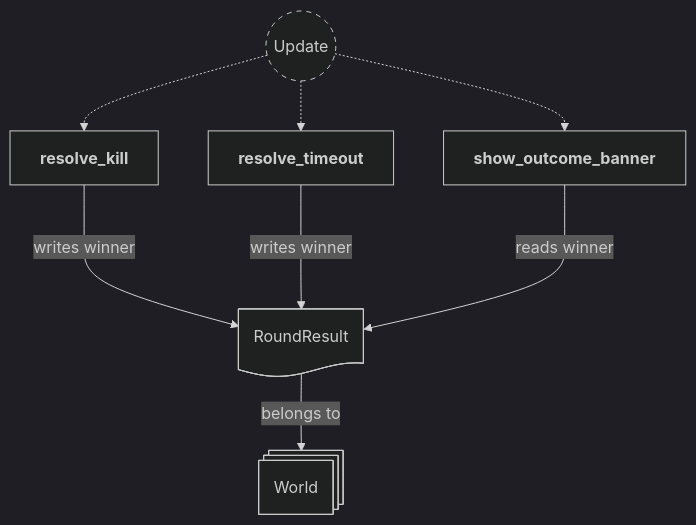
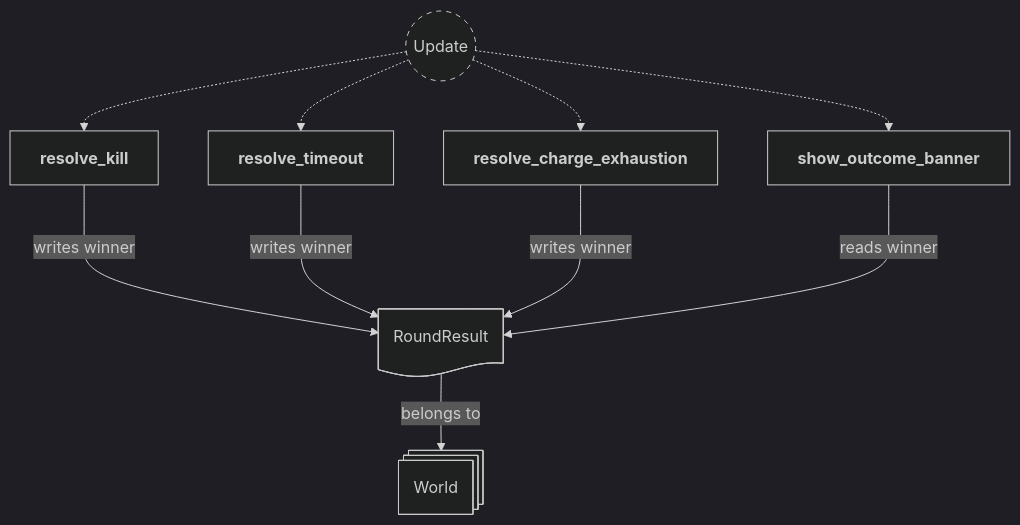
One commit to neurosoup/tyled changed the fifth of 9 diagrams in backlog/docs/doc-15 - 013-Round-plugin.md. Above: the diagram before and after it, drawn with Mermaid. The commit also changed other lines of this file and 1 other file, not shown here.

First line of the commit message:
Feat: end round on charge exhaustion with winner-by-standing resolution

````diff
--- a/backlog/docs/doc-15 - 013-Round-plugin.md
+++ b/backlog/docs/doc-15 - 013-Round-plugin.md
@@ -249,26 +273,29 @@
 ```mermaid
 ---
 config:
   theme: dark
 ---
 
 flowchart TD
 classDef system-group stroke-dasharray: 5 5
 
 update(("`Update`")):::system-group
 resolve_kill["`**resolve_kill**`"]
 resolve_timeout["`**resolve_timeout**`"]
+resolve_charge_exhaustion["`**resolve_charge_exhaustion**`"]
 show_outcome_banner["`**show_outcome_banner**`"]
 
 update -.-> resolve_kill
 update -.-> resolve_timeout
+update -.-> resolve_charge_exhaustion
 update -.-> show_outcome_banner
 
 world@{ shape: st-rect, label: "World" }
 round_result_res@{ shape: doc, label: "RoundResult" }
 
 round_result_res --> |belongs to| world
 resolve_kill ---> |writes winner| round_result_res
 resolve_timeout ---> |writes winner| round_result_res
+resolve_charge_exhaustion ---> |writes winner| round_result_res
 show_outcome_banner ---> |reads winner| round_result_res
 ```
````
